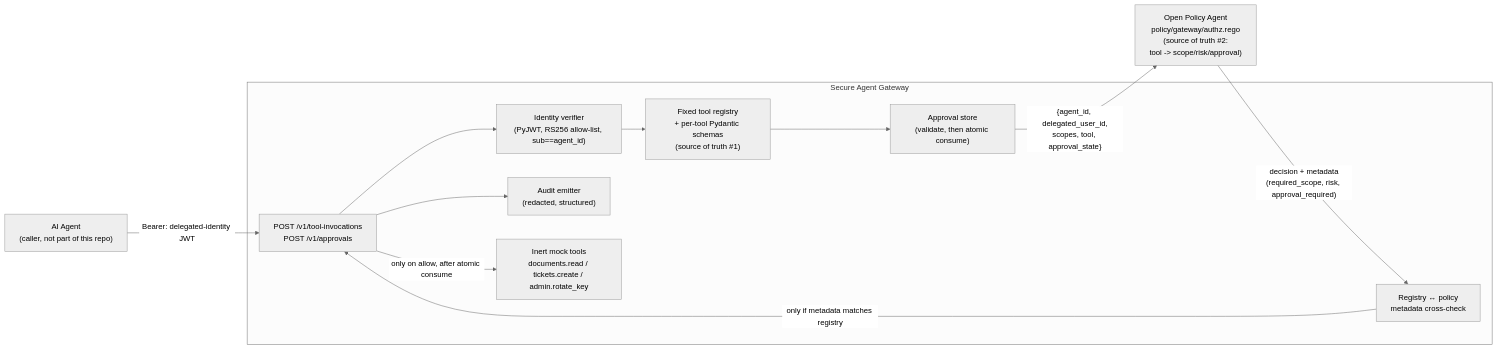
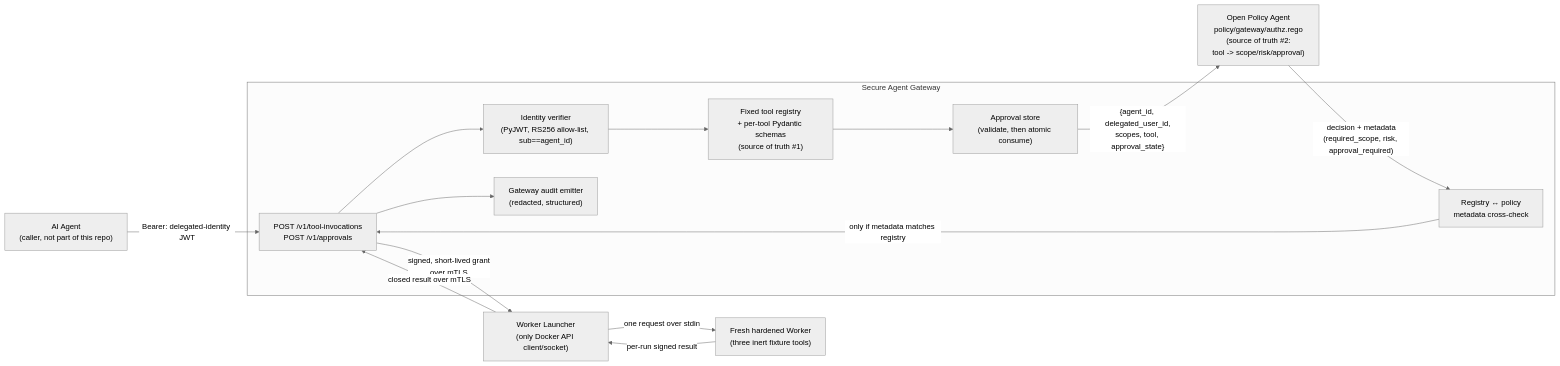
One commit to jspillers10/secure-agent-gateway changed the first of 3 diagrams in docs/architecture.md. Above: the diagram before and after it, drawn with Mermaid (neutral theme). The commit also changed other lines of this file and 47 other files, not shown here.

````diff
--- a/docs/architecture.md
+++ b/docs/architecture.md
@@ -5,26 +5,30 @@
 ```mermaid
 flowchart LR
     Agent["AI Agent<br/>(caller, not part of this repo)"]
 
     subgraph Gateway["Secure Agent Gateway"]
         API["POST /v1/tool-invocations<br/>POST /v1/approvals"]
         Identity["Identity verifier<br/>(PyJWT, RS256 allow-list, sub==agent_id)"]
         Registry["Fixed tool registry<br/>+ per-tool Pydantic schemas<br/>(source of truth #1)"]
         Approvals["Approval store<br/>(validate, then atomic consume)"]
         CrossCheck["Registry ↔ policy<br/>metadata cross-check"]
-        Audit["Audit emitter<br/>(redacted, structured)"]
-        Mocks["Inert mock tools<br/>documents.read / tickets.create / admin.rotate_key"]
+        Audit["Gateway audit emitter<br/>(redacted, structured)"]
     end
 
     OPA["Open Policy Agent<br/>policy/gateway/authz.rego<br/>(source of truth #2:<br/>tool -> scope/risk/approval)"]
+    Launcher["Worker Launcher<br/>(only Docker API client/socket)"]
+    Worker["Fresh hardened Worker<br/>(three inert fixture tools)"]
 
     Agent -- "Bearer: delegated-identity JWT" --> API
     API --> Identity
     Identity --> Registry
     Registry --> Approvals
     Approvals -- "{agent_id, delegated_user_id,<br/>scopes, tool, approval_state}" --> OPA
     OPA -- "decision + metadata<br/>(required_scope, risk, approval_required)" --> CrossCheck
     CrossCheck -- "only if metadata matches registry" --> API
-    API -- "only on allow, after atomic consume" --> Mocks
+    API -- "signed, short-lived grant<br/>over mTLS" --> Launcher
+    Launcher -- "one request over stdin" --> Worker
+    Worker -- "per-run signed result" --> Launcher
+    Launcher -- "closed result over mTLS" --> API
     API --> Audit
 ```
````
